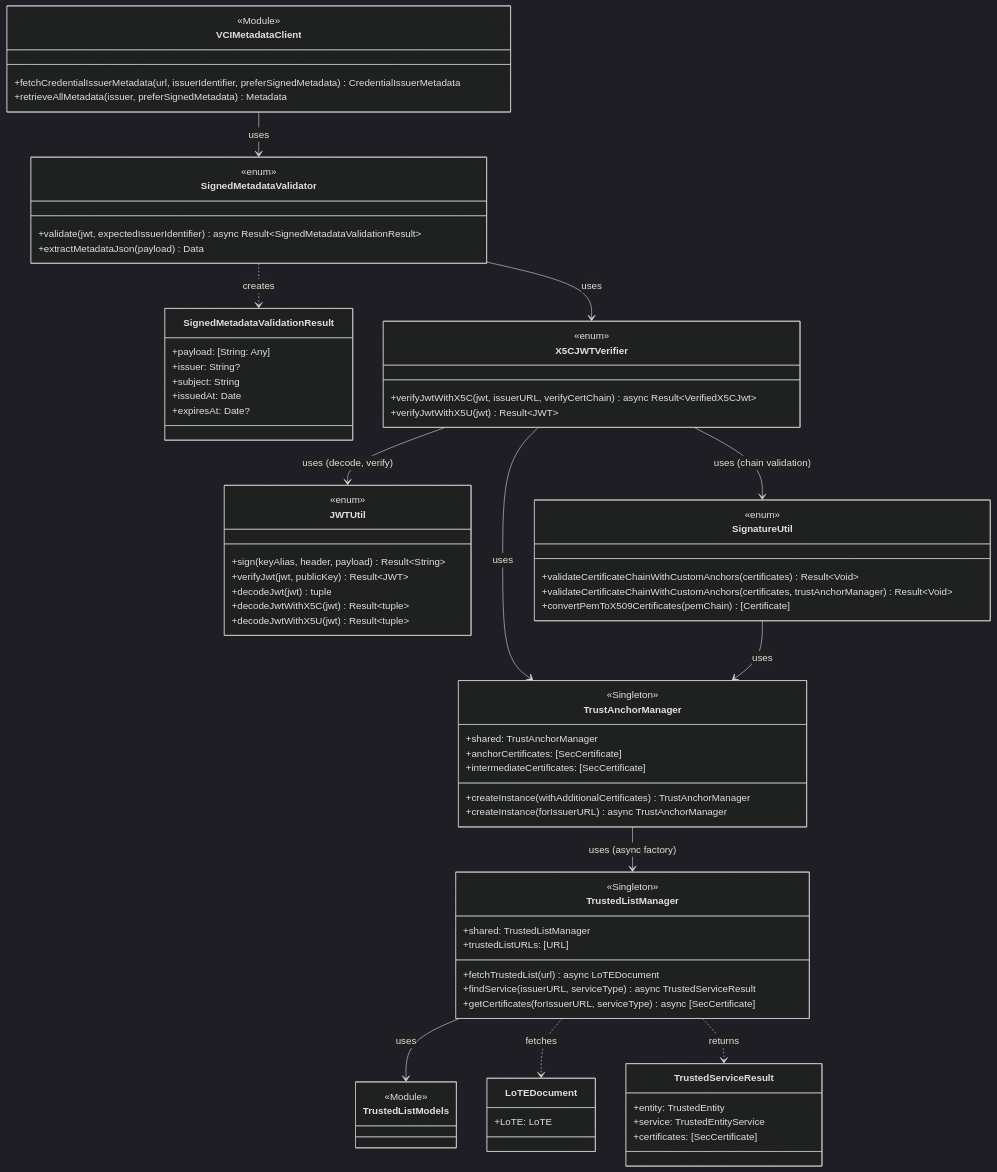
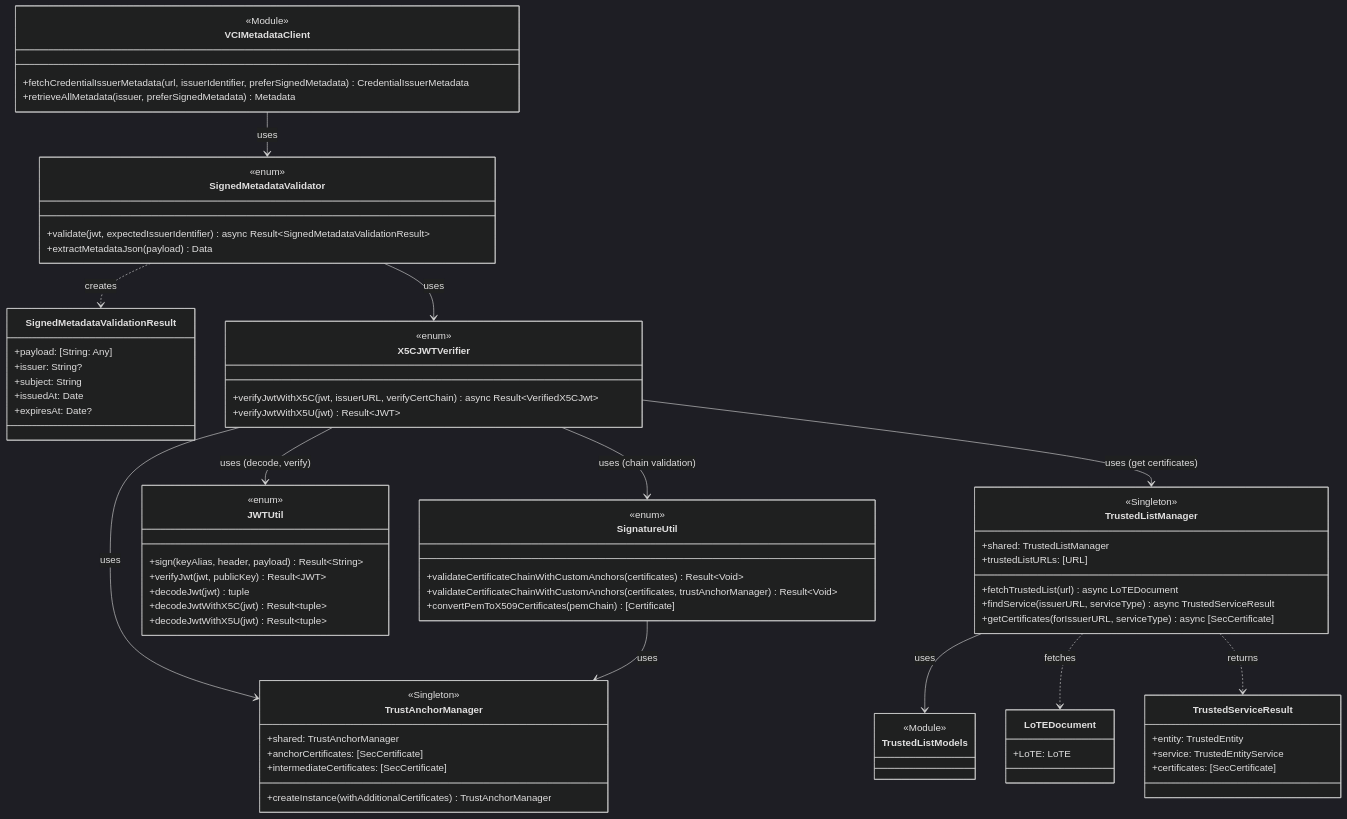
One commit to ryosuke-wakaba/OWND-Wallet-iOS changed the first of 4 diagrams in docs/features/credential-issuance/metadata-verification.md. Above: the diagram before and after it, drawn with Mermaid (dark theme). The commit also changed 2 other files, not shown here.

Commit message:
refactor: Remove unused createInstance(forIssuerURL:) method
The method was never used - X5CJWTVerifier calls TrustedListManager
and createInstance(withAdditionalCertificates:) directly.

Updated class diagram: TrustAnchorManager no longer depends on
TrustedListManager. X5CJWTVerifier now directly uses TrustedListManager.

```diff
--- a/docs/features/credential-issuance/metadata-verification.md
+++ b/docs/features/credential-issuance/metadata-verification.md
@@ -74,7 +74,6 @@
         +anchorCertificates: [SecCertificate]
         +intermediateCertificates: [SecCertificate]
         +createInstance(withAdditionalCertificates) TrustAnchorManager
-        +createInstance(forIssuerURL) async TrustAnchorManager
     }
 
     class X5CJWTVerifier {
@@ -107,10 +106,9 @@
     X5CJWTVerifier --> JWTUtil : uses (decode, verify)
     X5CJWTVerifier --> SignatureUtil : uses (chain validation)
     X5CJWTVerifier --> TrustAnchorManager : uses
+    X5CJWTVerifier --> TrustedListManager : uses (get certificates)
 
     SignatureUtil --> TrustAnchorManager : uses
-
-    TrustAnchorManager --> TrustedListManager : uses (async factory)
 
     TrustedListManager --> TrustedListModels : uses
     TrustedListManager ..> LoTEDocument : fetches
```
